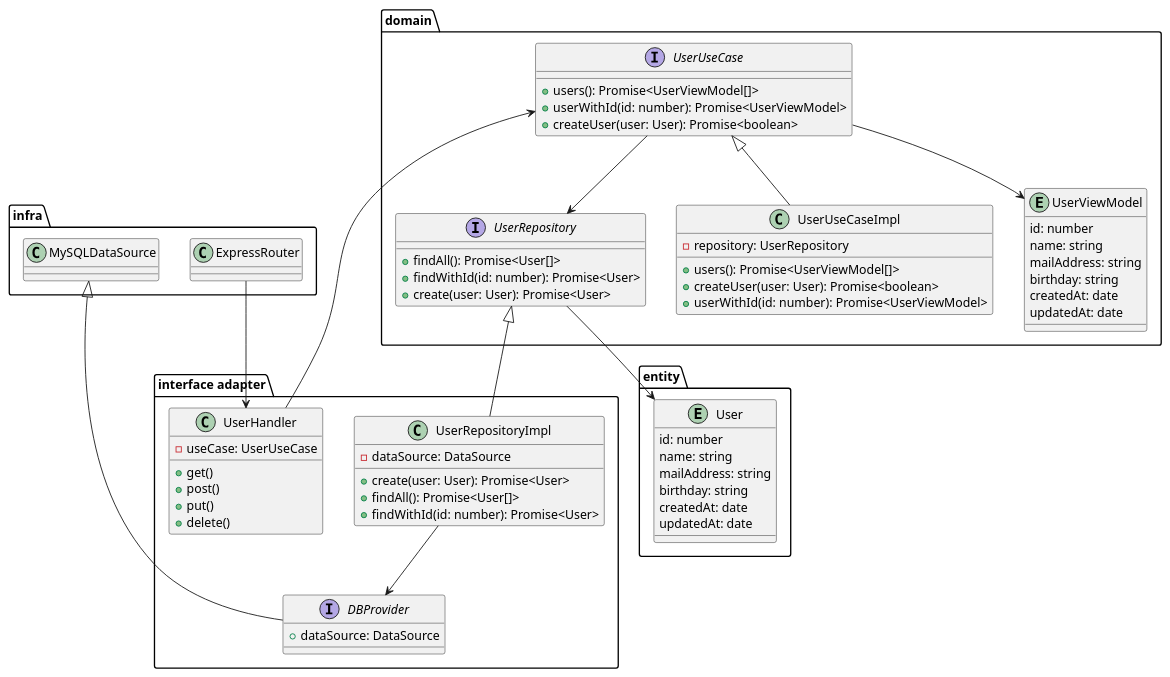
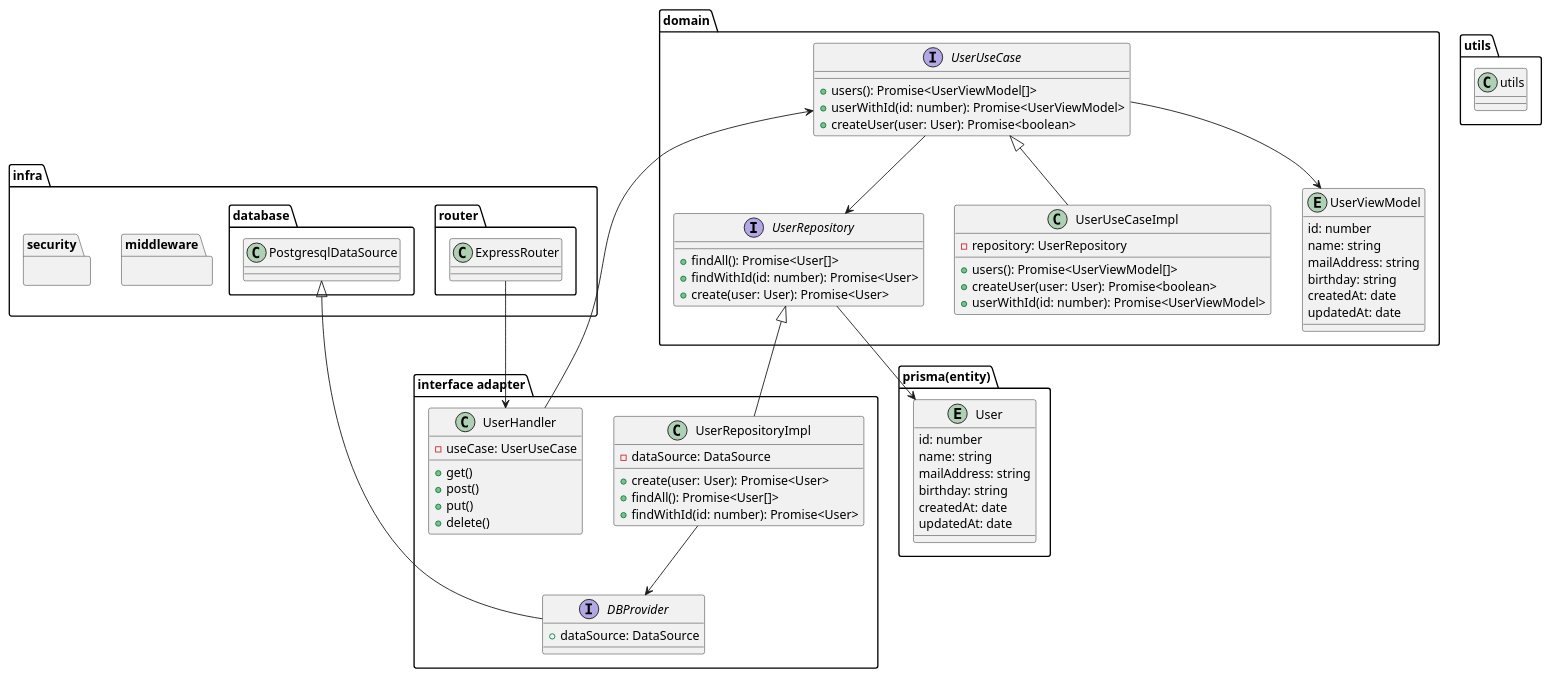
Before and after one commit to masajene/express-clean-architecture-sample: the diagram in uml.puml, drawn with PlantUML. The commit also changed 2 other files, not shown here.

Commit message:
update file tree and uml

```diff
--- a/uml.puml
+++ b/uml.puml
@@ -1,85 +1,98 @@
 @startuml
 
 package "infra" {
-    class ExpressRouter {
+    package "router" {
+        class ExpressRouter {
+        }
     }
-    class MySQLDataSource {
+    package "database" {
+        class PostgresqlDataSource {
+        }
+    }
+    package "middleware" {
+    }
+    package "security" {
     }
 }
 
 package "interface adapter" {
     class UserHandler {
         -useCase: UserUseCase
         +get()
         +post()
         +put()
         +delete()
     }
     class UserRepositoryImpl {
         -dataSource: DataSource
         +create(user: User): Promise<User>
         +findAll(): Promise<User[]>
         +findWithId(id: number): Promise<User>
     }
     interface DBProvider {
         +dataSource: DataSource
     }
 }
 
 package "domain" {
     interface UserUseCase {
         +users(): Promise<UserViewModel[]>
         +userWithId(id: number): Promise<UserViewModel>
         +createUser(user: User): Promise<boolean>
     }
     interface UserRepository {
         +findAll(): Promise<User[]>
         +findWithId(id: number): Promise<User>
         +create(user: User): Promise<User>
     }
     class UserUseCaseImpl {
         -repository: UserRepository
         +users(): Promise<UserViewModel[]>
         +createUser(user: User): Promise<boolean>
         +userWithId(id: number): Promise<UserViewModel>
     }
     entity UserViewModel {
         id: number
         name: string
         mailAddress: string
         birthday: string
         createdAt: date
         updatedAt: date
     }
 }
-package "entity" {
+package "prisma(entity)" {
     entity User {
         id: number
         name: string
         mailAddress: string
         birthday: string
         createdAt: date
         updatedAt: date
+    }
+}
+
+package "utils" {
+    class utils {
     }
 }
 
 ExpressRouter --> UserHandler
 UserHandler --> UserUseCase
 UserUseCase <|-- UserUseCaseImpl
 UserRepository <|-- UserRepositoryImpl
 UserUseCase --> UserRepository
 UserRepository --> User
 
 UserRepositoryImpl --> DBProvider
-MySQLDataSource <|-- DBProvider
+PostgresqlDataSource <|-- DBProvider
 
 UserUseCase --> UserViewModel
 
 'UserUseCaseImpl --> "1" UserRepository
 
 'UserHandler --> "1" User
 'UserUseCaseImpl --> "1" User
 'UserRepositoryImpl --> "1" User
 
 
 @enduml
```
